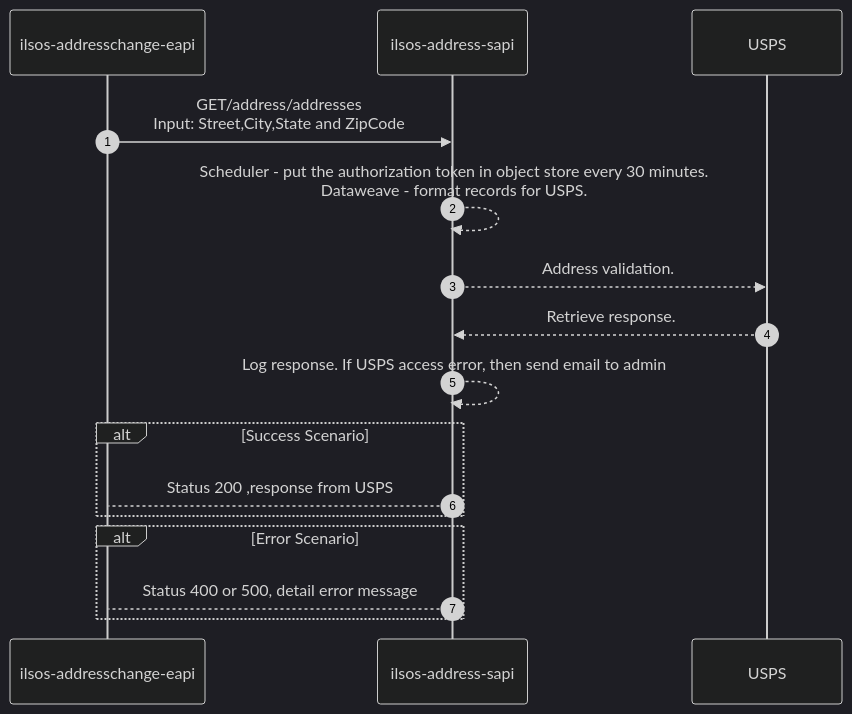
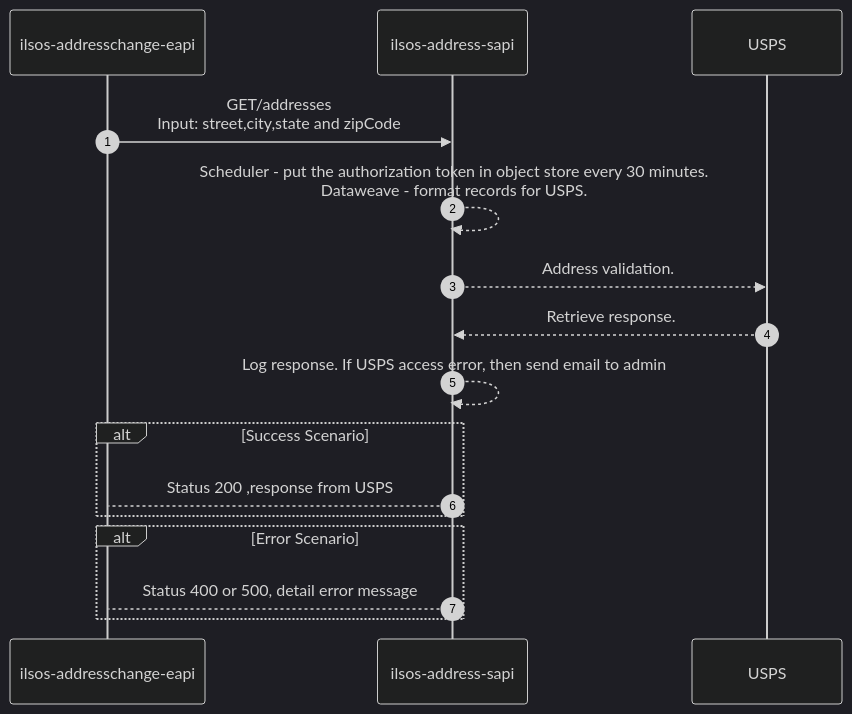
Before and after one commit to acme-devs/ilsos-address-sapi: the diagram in README.md, drawn with Mermaid (dark theme).

````diff
--- a/README.md
+++ b/README.md
@@ -27,19 +27,19 @@
 ```mermaid
 sequenceDiagram
     autonumber
     participant eapi as ilsos-addresschange-eapi
     participant api as ilsos-address-sapi
     participant usps as USPS
 
-    eapi->>api:GET/address/addresses <br>Input: Street,City,State and ZipCode
+    eapi->>api:GET/addresses <br>Input: street,city,state and zipCode
     api-->>api:Scheduler - put the authorization token in object store every 30 minutes.<br>Dataweave - format records for USPS.
     api-->>usps:Address validation.
     usps-->>api:Retrieve response.
     api-->>api:Log response. If USPS access error, then send email to admin
     alt Success Scenario 
         api-->eapi: Status 200 ,response from USPS
     end
     alt Error Scenario 
         api-->eapi: Status 400 or 500, detail error message
     end
   ```
````
